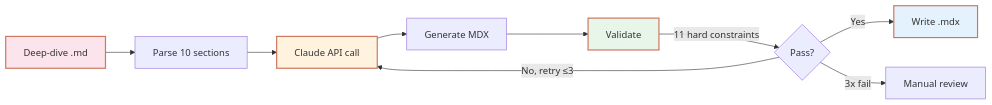
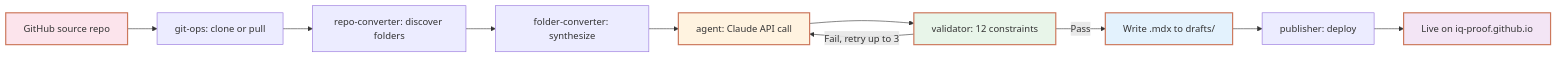
Before and after one commit to iq-agent-lab/iq-blogger: the diagram in README.md, drawn with Mermaid. The commit also changed other lines of this file, not shown here.

First line of the commit message:
docs: rewrite README + fix(publisher): handle 'no changes' gracefully

````diff
--- a/README.md
+++ b/README.md
@@ -53,16 +80,18 @@
 ```mermaid
 graph LR
-    A[Deep-dive .md] --> B[Parse 10 sections]
-    B --> C[Claude API call]
-    C --> D[Generate MDX]
-    D --> E[Validate]
-    E -->|11 hard constraints| F{Pass?}
-    F -->|Yes| G[Write .mdx]
-    F -->|No, retry ≤3| C
-    F -->|3x fail| H[Manual review]
+    A[GitHub source repo] --> B[git-ops: clone or pull]
+    B --> C[repo-converter: discover folders]
+    C --> D[folder-converter: synthesize]
+    D --> E[agent: Claude API call]
+    E --> F[validator: 12 constraints]
+    F -->|Pass| G[Write .mdx to drafts/]
+    F -->|Fail, retry up to 3| E
+    G --> H[publisher: deploy]
+    H --> I[Live on iq-proof.github.io]
 
     style A fill:#fce4ec,stroke:#cc785c,stroke-width:2px
-    style C fill:#fff3e0,stroke:#cc785c,stroke-width:2px
-    style E fill:#e8f5e9,stroke:#cc785c,stroke-width:2px
+    style E fill:#fff3e0,stroke:#cc785c,stroke-width:2px
+    style F fill:#e8f5e9,stroke:#cc785c,stroke-width:2px
     style G fill:#e3f2fd,stroke:#cc785c,stroke-width:2px
+    style I fill:#f3e5f5,stroke:#cc785c,stroke-width:2px
 ```
````
